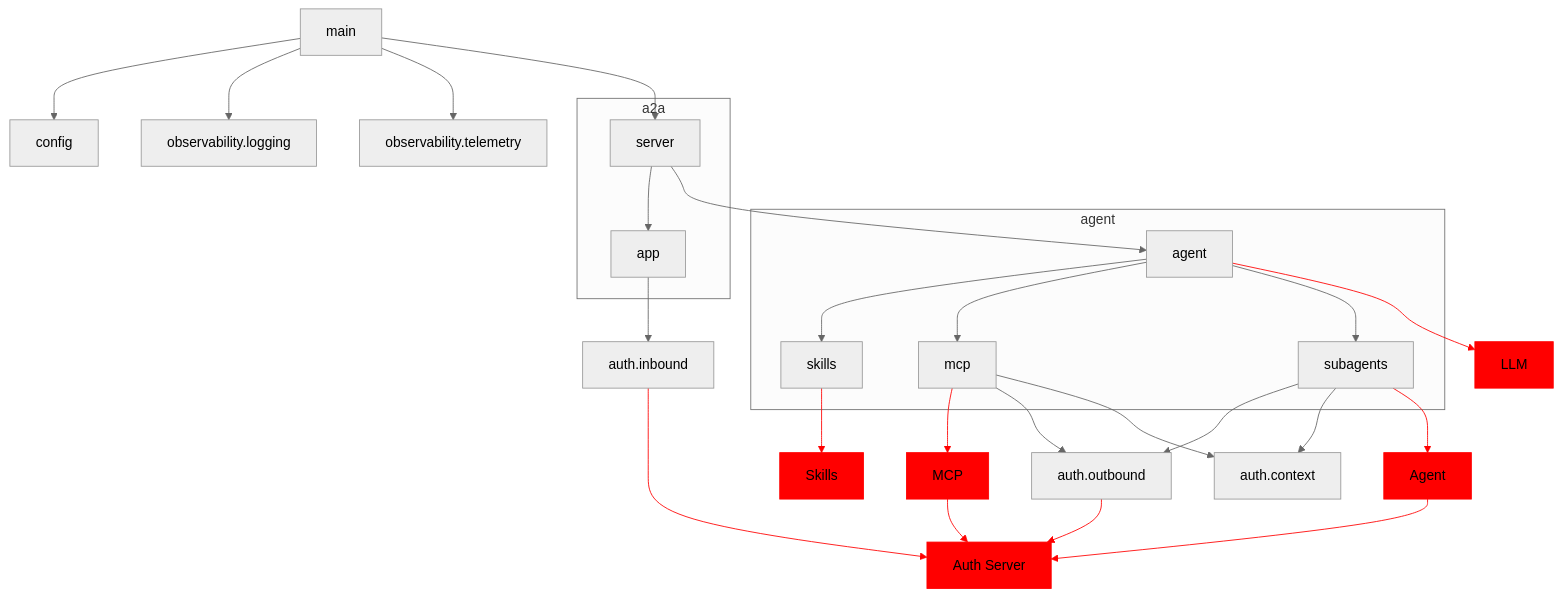
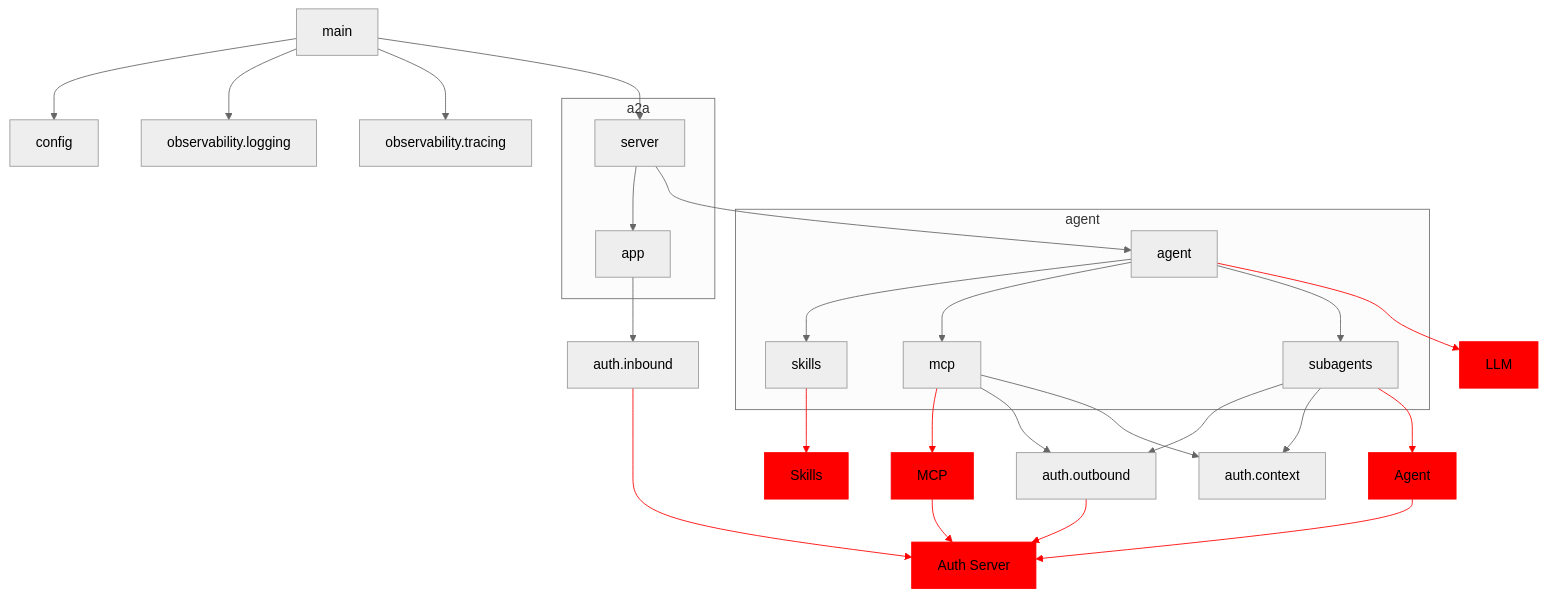
One commit to ragaoua/a3s changed the diagram in agent/docs/dev/module-interactions.md. Above: the diagram before and after it, drawn with Mermaid (neutral theme). The commit also changed 3 other files, not shown here.

Commit message:
agent: rename observability.telemtry module to observability.tracing

````diff
--- a/agent/docs/dev/module-interactions.md
+++ b/agent/docs/dev/module-interactions.md
@@ -1,61 +1,61 @@
 ```mermaid
 flowchart TD
     subgraph agent_module["agent"]
         agent
         mcp
         subagents
         skills
     end
 
     subgraph a2a
         server
         app
     end
 
     auth_server["Auth Server"]
     style auth_server fill:#f00,stroke:#f00
     style LLM fill:#f00,stroke:#f00
     style Skills fill:#f00,stroke:#f00
     style MCP fill:#f00,stroke:#f00
     style Agent fill:#f00,stroke:#f00
 
     main --> config
     main --> observability.logging
-    main --> observability.telemetry
+    main --> observability.tracing
     main --> server
 
     server --> app
     server --> agent
 
     app --> auth.inbound
 
     auth.inbound -->auth_server
     linkStyle 7 stroke:#f00
 
     agent --> skills
     agent --> mcp
     agent --> subagents
     agent --> LLM
     linkStyle 11 stroke:#f00
 
     skills --> Skills
     linkStyle 12 stroke:#f00
 
     mcp --> MCP
     linkStyle 13 stroke:#f00
     mcp --> auth.outbound
     mcp --> auth.context
     MCP --> auth_server
     linkStyle 16 stroke:#f00
 
     subagents --> auth.outbound
     subagents --> auth.context
     subagents --> Agent
     linkStyle 19 stroke:#f00
 
     Agent --> auth_server
     linkStyle 20 stroke:#f00
 
     auth.outbound --> auth_server
     linkStyle 21 stroke:#f00
 ```
````
